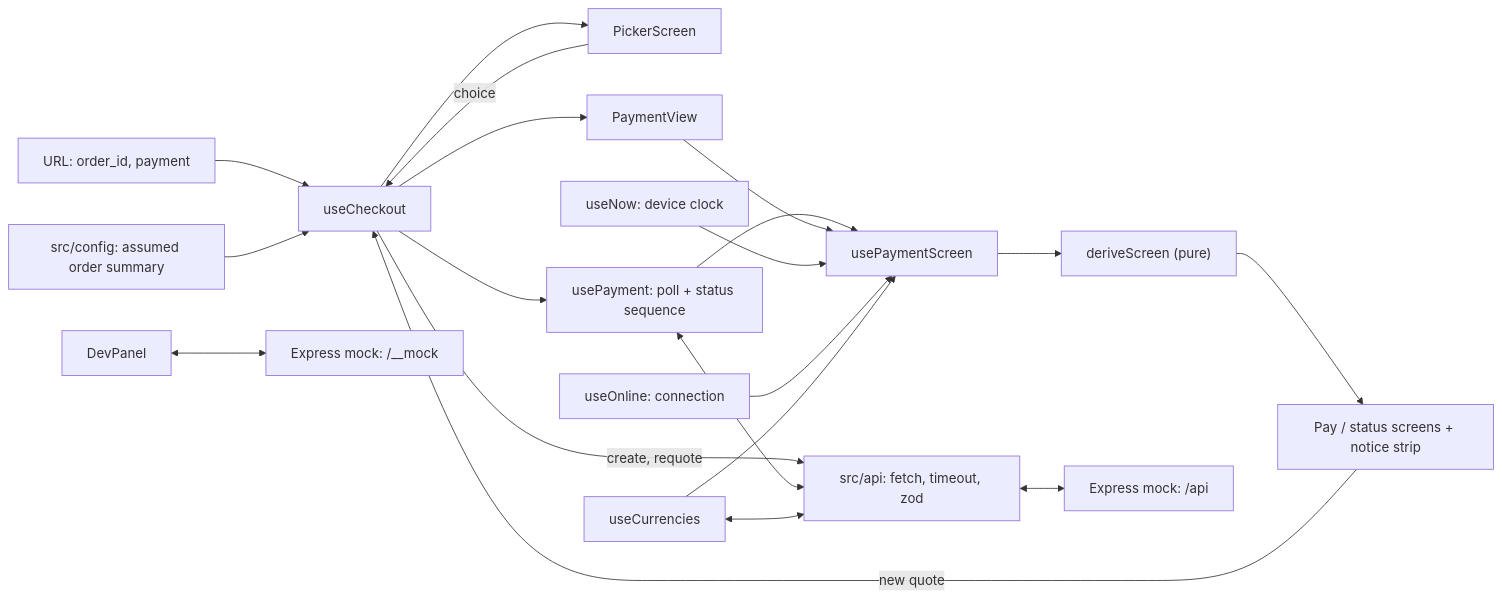
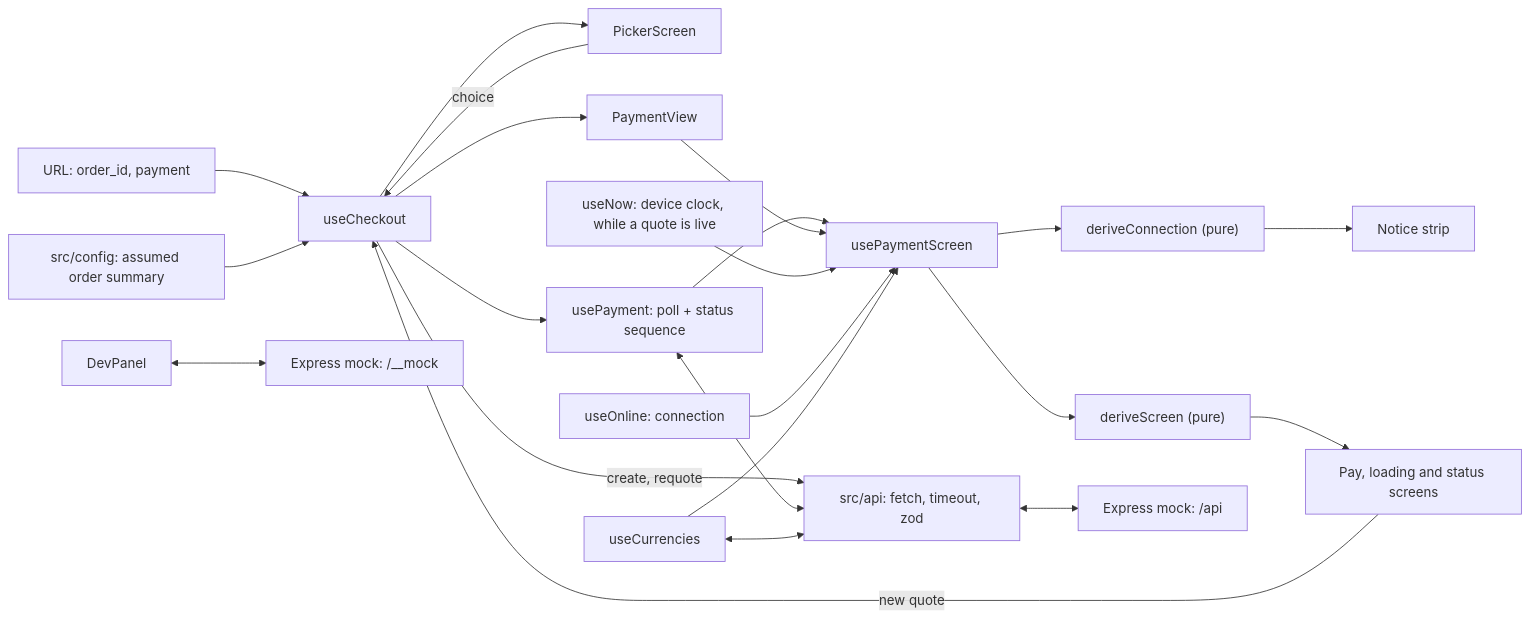
One commit to gastonm5/demo-stablecoin-checkout changed the diagram in docs/design-doc.md. Above: the diagram before and after it, drawn with Mermaid. The commit also changed other lines of this file and 7 other files, not shown here.

````diff
--- a/docs/design-doc.md
+++ b/docs/design-doc.md
@@ -155,22 +160,24 @@
 ```mermaid
 flowchart LR
     URL["URL: order_id, payment"] --> UC["useCheckout"]
     CFG["src/config: assumed order summary"] --> UC
     UC --> PK["PickerScreen"]
     UC --> PV["PaymentView"]
     UC --> UP["usePayment: poll + status sequence"]
     UP --> PS["usePaymentScreen"]
     PV --> PS
-    NOW["useNow: device clock"] --> PS
+    NOW["useNow: device clock, while a quote is live"] --> PS
     ON["useOnline: connection"] --> PS
     CUR["useCurrencies"] --> PS
     PS --> DS["deriveScreen (pure)"]
-    DS --> SC["Pay / status screens + notice strip"]
+    DS --> SC["Pay, loading and status screens"]
+    PS --> DC["deriveConnection (pure)"]
+    DC --> NS["Notice strip"]
     PK -- "choice" --> UC
     SC -- "new quote" --> UC
     UC -- "create, requote" --> API
     UP <--> API["src/api: fetch, timeout, zod"]
     CUR <--> API
     API <--> MOCK["Express mock: /api"]
     DP["DevPanel"] <--> CTRL["Express mock: /__mock"]
 ```
````
